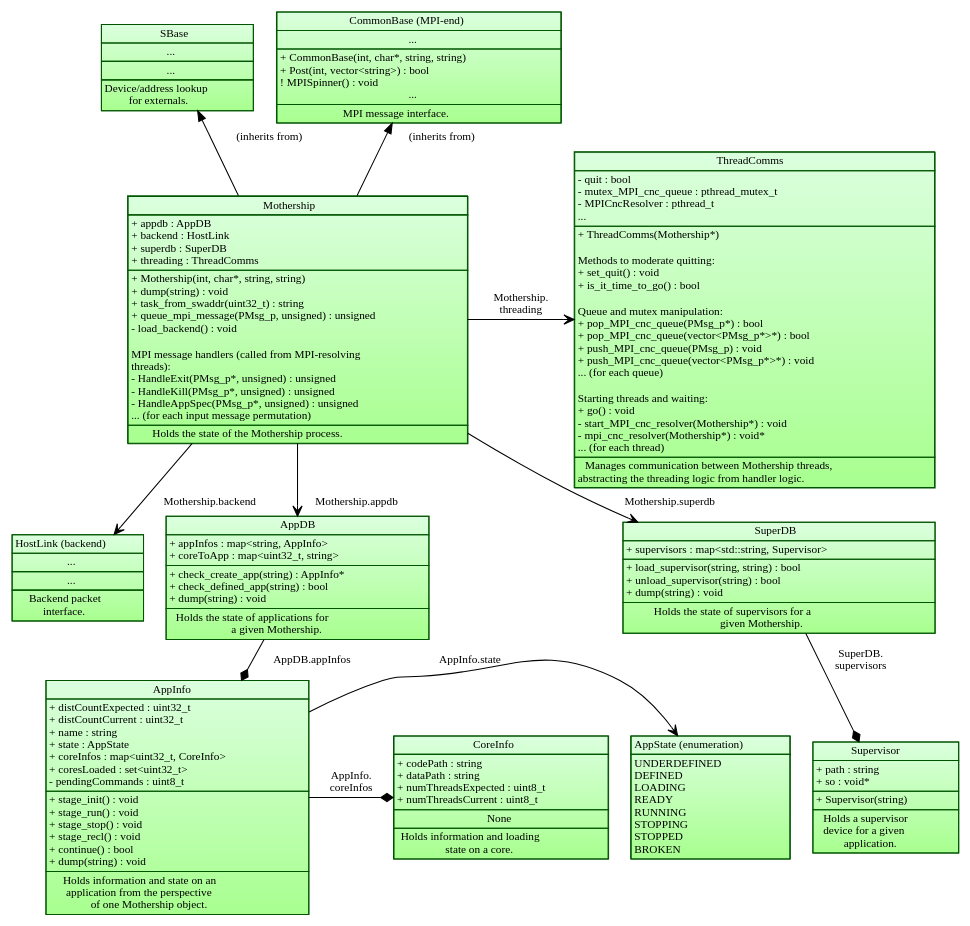
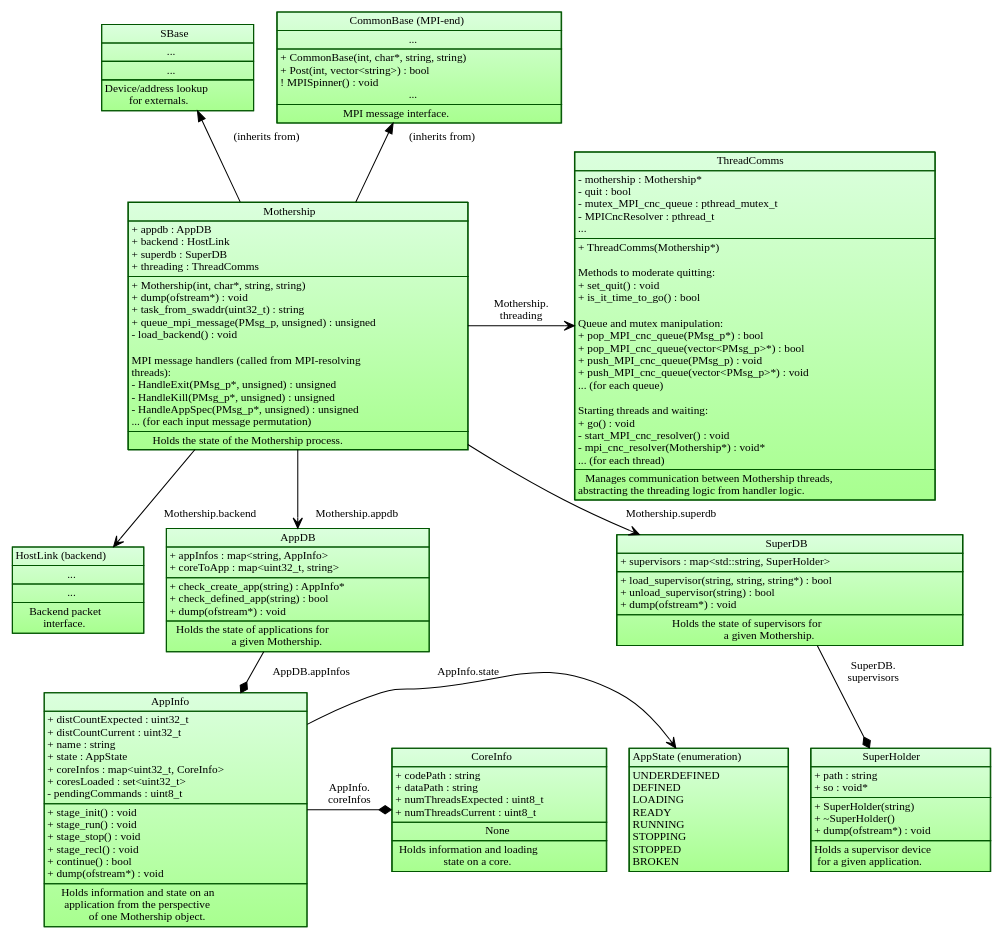
The diagram in images/source/mothership_data_structure.dot (POETSII/orchestrator-documentation), drawn with Graphviz before and after one commit. The commit also changed 1 other file, not shown here.

```diff
--- a/images/source/mothership_data_structure.dot
+++ b/images/source/mothership_data_structure.dot
@@ -79,7 +79,7 @@
 <TR><TD ALIGN="LEFT">
 + check_create_app(string) : AppInfo*<BR ALIGN="LEFT"/>
 + check_defined_app(string) : bool<BR ALIGN="LEFT"/>
-+ dump(string) : void<BR ALIGN="LEFT"/>
++ dump(ofstream*) : void<BR ALIGN="LEFT"/>
 </TD></TR>
 <TR><TD ALIGN="TEXT">
 Holds the state of applications for<BR ALIGN="TEXT"/>
@@ -103,7 +103,7 @@
 + stage_stop() : void<BR ALIGN="LEFT"/>
 + stage_recl() : void<BR ALIGN="LEFT"/>
 + continue() : bool<BR ALIGN="LEFT"/>
-+ dump(string) : void<BR ALIGN="LEFT"/>
++ dump(ofstream*) : void<BR ALIGN="LEFT"/>
 </TD></TR>
 <TR><TD ALIGN="TEXT">
 Holds information and state on an<BR ALIGN="TEXT"/>
@@ -130,31 +130,32 @@
     SuperDB[label=<<TABLE BORDER="0" CELLBORDER="1" CELLSPACING="0">
 <TR><TD>SuperDB</TD></TR>
 <TR><TD ALIGN="LEFT">
-+ supervisors : map&lt;std::string, Supervisor&gt;<BR ALIGN="LEFT"/>
++ supervisors : map&lt;std::string, SuperHolder&gt;<BR ALIGN="LEFT"/>
 </TD></TR>
 <TR><TD ALIGN="LEFT">
-+ load_supervisor(string, string) : bool<BR ALIGN="LEFT"/>
++ load_supervisor(string, string, string*) : bool<BR ALIGN="LEFT"/>
 + unload_supervisor(string) : bool<BR ALIGN="LEFT"/>
-+ dump(string) : void<BR ALIGN="LEFT"/>
++ dump(ofstream*) : void<BR ALIGN="LEFT"/>
 </TD></TR>
 <TR><TD ALIGN="TEXT">
-Holds the state of supervisors for a<BR ALIGN="TEXT"/>
-given Mothership.
+Holds the state of supervisors for<BR ALIGN="TEXT"/>
+a given Mothership.
 </TD></TR></TABLE>>];
 
-    Supervisor[label=<<TABLE BORDER="0" CELLBORDER="1" CELLSPACING="0">
-<TR><TD>Supervisor</TD></TR>
+    SuperHolder[label=<<TABLE BORDER="0" CELLBORDER="1" CELLSPACING="0">
+<TR><TD>SuperHolder</TD></TR>
 <TR><TD ALIGN="LEFT">
 + path : string<BR ALIGN="LEFT"/>
 + so : void*<BR ALIGN="LEFT"/>
 </TD></TR>
-<TR><TD ALIGN="TEXT">
-+ Supervisor(string)<BR ALIGN="TEXT"/>
+<TR><TD ALIGN="LEFT">
++ SuperHolder(string)<BR ALIGN="LEFT"/>
++ ~SuperHolder()<BR ALIGN="LEFT"/>
++ dump(ofstream*) : void<BR ALIGN="LEFT"/>
 </TD></TR>
 <TR><TD ALIGN="TEXT">
-Holds a supervisor<BR ALIGN="TEXT"/>
-device for a given<BR ALIGN="TEXT"/>
-application.<BR ALIGN="TEXT"/>
+Holds a supervisor device<BR ALIGN="TEXT"/>
+for a given application.<BR ALIGN="TEXT"/>
 </TD></TR></TABLE>>];
 
     Mothership[label=<<TABLE BORDER="0" CELLBORDER="1" CELLSPACING="0">
@@ -167,7 +168,7 @@
 </TD></TR>
 <TR><TD ALIGN="LEFT">
 + Mothership(int, char*, string, string)<BR ALIGN="LEFT"/>
-+ dump(string) : void<BR ALIGN="LEFT"/>
++ dump(ofstream*) : void<BR ALIGN="LEFT"/>
 + task_from_swaddr(uint32_t) : string<BR ALIGN="LEFT"/>
 + queue_mpi_message(PMsg_p, unsigned) : unsigned<BR ALIGN="LEFT"/>
 - load_backend() : void<BR ALIGN="LEFT"/><BR ALIGN="LEFT"/>
@@ -185,6 +186,7 @@
     ThreadComms[label=<<TABLE BORDER="0" CELLBORDER="1" CELLSPACING="0">
 <TR><TD>ThreadComms</TD></TR>
 <TR><TD ALIGN="LEFT">
+- mothership : Mothership*<BR ALIGN="LEFT"/>
 - quit : bool<BR ALIGN="LEFT"/>
 - mutex_MPI_cnc_queue : pthread_mutex_t<BR ALIGN="LEFT"/>
 - MPICncResolver : pthread_t<BR ALIGN="LEFT"/>
@@ -206,9 +208,9 @@
 + is_it_time_to_go() : bool<BR ALIGN="LEFT"/><BR ALIGN="LEFT"/>
 Queue and mutex manipulation: <BR ALIGN="LEFT"/>
 + pop_MPI_cnc_queue(PMsg_p*) : bool<BR ALIGN="LEFT"/>
-+ pop_MPI_cnc_queue(vector&lt;PMsg_p*&gt;*) : bool<BR ALIGN="LEFT"/>
++ pop_MPI_cnc_queue(vector&lt;PMsg_p&gt;*) : bool<BR ALIGN="LEFT"/>
 + push_MPI_cnc_queue(PMsg_p) : void<BR ALIGN="LEFT"/>
-+ push_MPI_cnc_queue(vector&lt;PMsg_p*&gt;*) : void<BR ALIGN="LEFT"/>
++ push_MPI_cnc_queue(vector&lt;PMsg_p&gt;*) : void<BR ALIGN="LEFT"/>
 ... (for each queue)<BR ALIGN="LEFT"/><BR ALIGN="LEFT"/>
 <!--
 + pop_MPI_app_queue(PMsg_p*) : bool<BR ALIGN="LEFT"/>
@@ -230,19 +232,19 @@
 -->
 Starting threads and waiting: <BR ALIGN="LEFT"/>
 + go() : void<BR ALIGN="LEFT"/>
-- start_MPI_cnc_resolver(Mothership*) : void<BR ALIGN="LEFT"/>
+- start_MPI_cnc_resolver() : void<BR ALIGN="LEFT"/>
 - mpi_cnc_resolver(Mothership*) : void*<BR ALIGN="LEFT"/>
 ... (for each thread)<BR ALIGN="LEFT"/>
 <!--
-- start_MPI_input_broker(Mothership*) : void<BR ALIGN="LEFT"/>
+- start_MPI_input_broker() : void<BR ALIGN="LEFT"/>
 - mpi_input_broker(Mothership*) : void*<BR ALIGN="LEFT"/>
-- start_MPI_app_resolver(Mothership*) : void<BR ALIGN="LEFT"/>
+- start_MPI_app_resolver() : void<BR ALIGN="LEFT"/>
 - mpi_app_resolver(Mothership*) : void*<BR ALIGN="LEFT"/>
-- start_backend_output_broker(Mothership*) : void<BR ALIGN="LEFT"/>
+- start_backend_output_broker() : void<BR ALIGN="LEFT"/>
 - backend_output_broker(Mothership*) : void*<BR ALIGN="LEFT"/>
-- start_backend_input_broker(Mothership*) : void<BR ALIGN="LEFT"/>
+- start_backend_input_broker() : void<BR ALIGN="LEFT"/>
 - backend_input_broker(Mothership*) : void*<BR ALIGN="LEFT"/>
-- start_debug_input_broker(Mothership*) : void<BR ALIGN="LEFT"/>
+- start_debug_input_broker() : void<BR ALIGN="LEFT"/>
 - debug_input_broker(Mothership*) : void*<BR ALIGN="LEFT"/>
 -->
 </TD></TR>
@@ -267,7 +269,7 @@
 
     /* One-to-many containment. */
     {edge[arrowhead="diamond"];
-        SuperDB -> Supervisor[label=" SuperDB.\nsupervisors"];
+        SuperDB -> SuperHolder[label=" SuperDB.\nsupervisors"];
         AppDB -> AppInfo[label=" AppDB.appInfos"];
         AppInfo -> CoreInfo[label=" AppInfo.\ncoreInfos"];
     }
```
